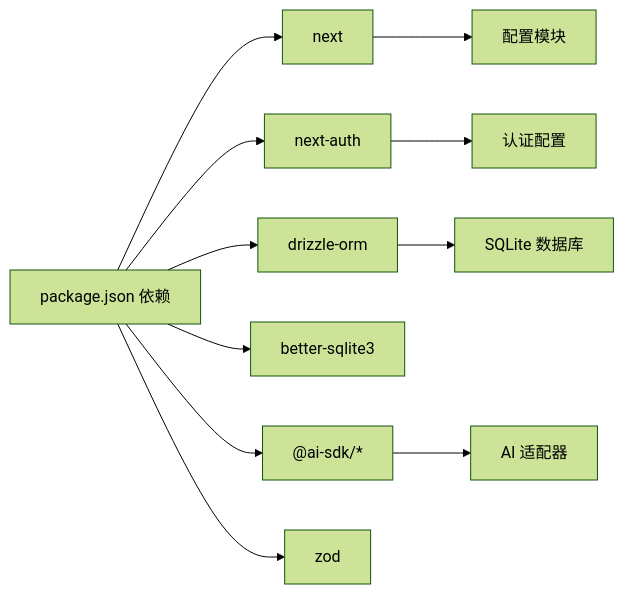
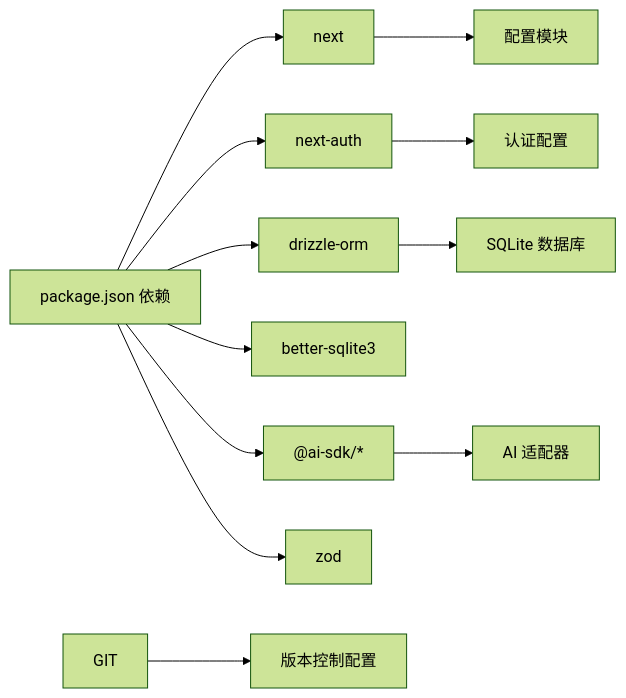
The eighth of 8 diagrams in .qoder/repowiki/zh/content/部署运维/环境配置管理.md (LittlebearHat/sillytavern-next), drawn with Mermaid (forest theme) before and after one commit. The commit also changed other lines of this file and 7 other files, not shown here.

````diff
--- a/.qoder/repowiki/zh/content/部署运维/环境配置管理.md
+++ b/.qoder/repowiki/zh/content/部署运维/环境配置管理.md
@@ -342,13 +386,14 @@
 ```mermaid
 graph LR
 Pkg["package.json 依赖"] --> Next["next"]
 Pkg --> NextAuth["next-auth"]
 Pkg --> Drizzle["drizzle-orm"]
 Pkg --> SQLite["better-sqlite3"]
 Pkg --> AISDK["@ai-sdk/*"]
 Pkg --> Zod["zod"]
 Next --> Cfg["配置模块"]
 NextAuth --> AuthCfg["认证配置"]
 Drizzle --> DB["SQLite 数据库"]
 AISDK --> Providers["AI 适配器"]
+GIT --> ENV["版本控制配置"]
 ```
````
